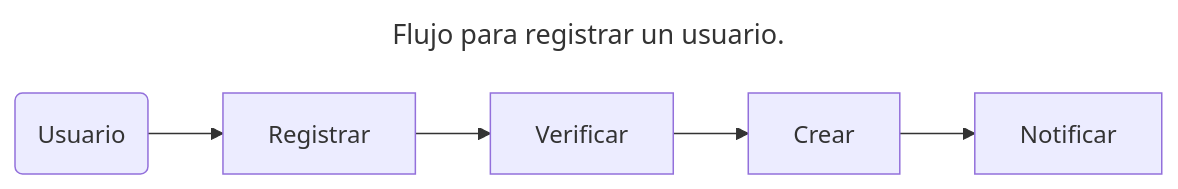
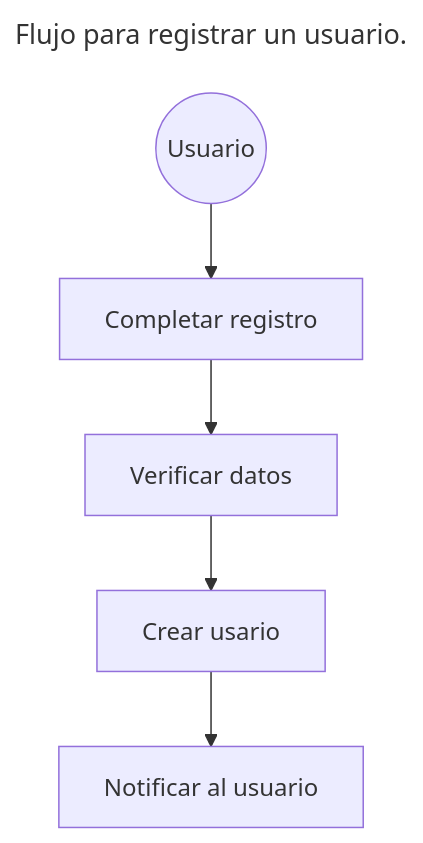
The first of 2 diagrams in pages/draft/post-draft.md (urrestarazu-alejandro/memo-backend), drawn with Mermaid before and after one commit. The commit also changed other lines of this file, not shown here.

Commit message:
draft: casos de uso modifico diagrama de clases

````diff
--- a/pages/draft/post-draft.md
+++ b/pages/draft/post-draft.md
@@ -65,10 +65,10 @@
 ```mermaid
 ---
 title: Flujo para registrar un usuario.
 ---
-graph LR
-    A(Usuario) --> B[Registrar]
-    B --> C[Verificar]
-    C --> D[Crear]
-    D --> E[Notificar]
+graph TD
+    A((Usuario)) --> B[Completar registro]
+    B --> C[Verificar datos]
+    C --> D[Crear usario]
+    D --> E[Notificar al usuario]
 ```
````
